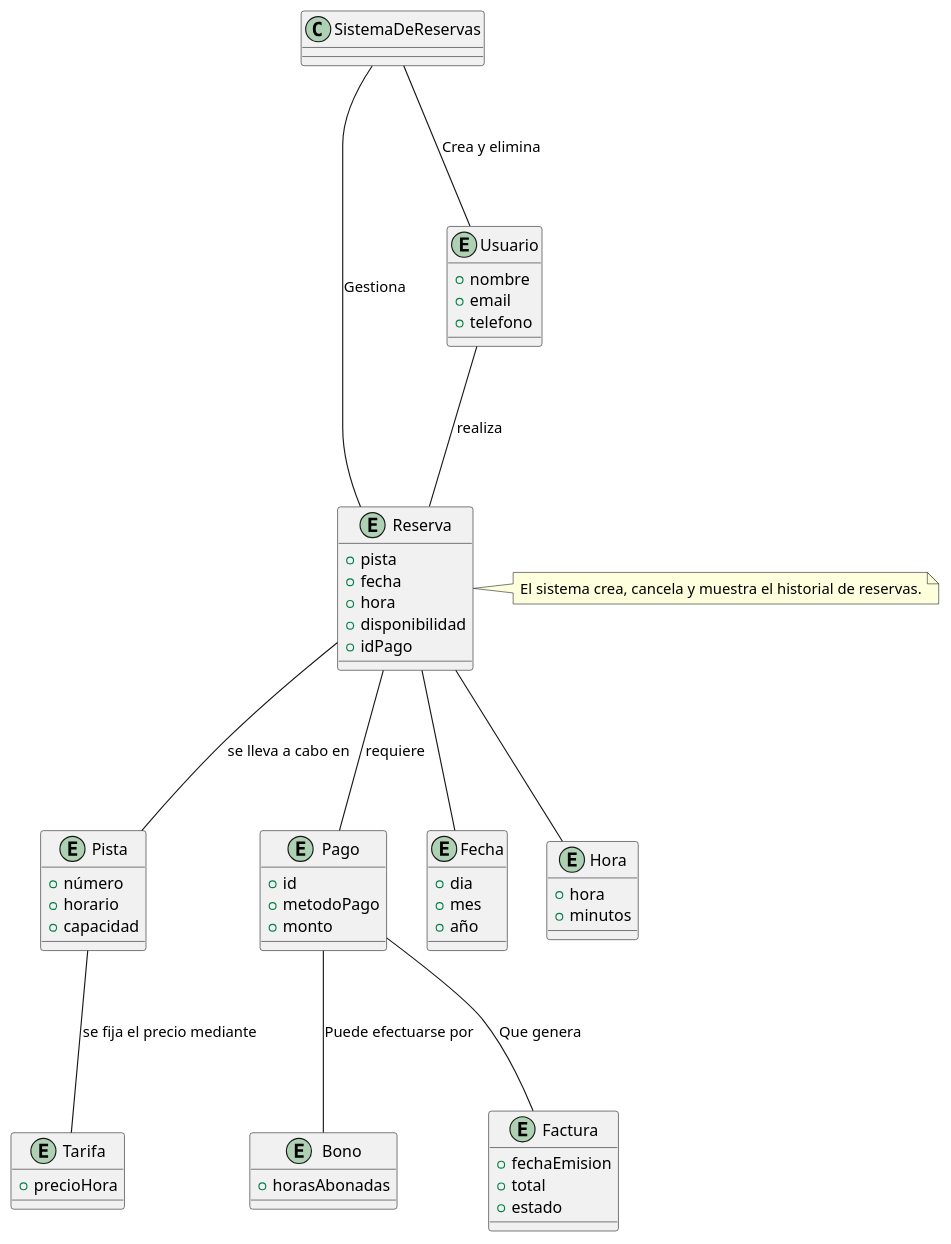
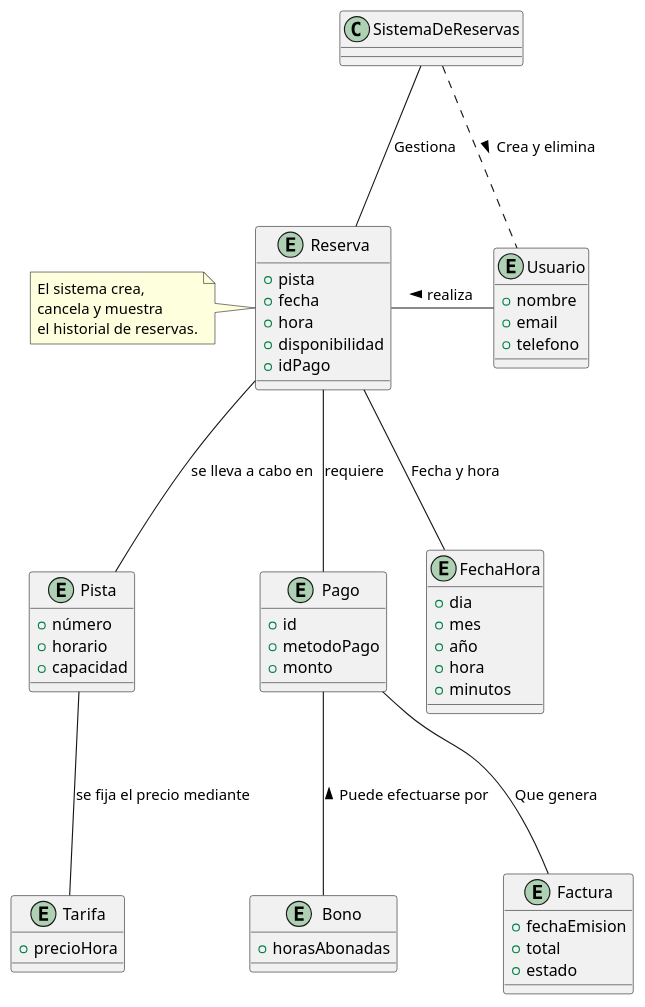
One commit to pablarce/23-24-IdSw1-SDR changed the diagram in ModeloDeDominio/DiagramaDeClases.puml. Above: the diagram before and after it, drawn with PlantUML. The commit also changed 3 other files, not shown here.

```diff
--- a/ModeloDeDominio/DiagramaDeClases.puml
+++ b/ModeloDeDominio/DiagramaDeClases.puml
@@ -1,66 +1,66 @@
 @startuml Sistema de reservas
 
 entity Reserva {
   + pista
   + fecha
   + hora
   + disponibilidad
   + idPago
 }
 
-note right of Reserva: El sistema crea, cancela y muestra el historial de reservas.
+note left of Reserva
+ El sistema crea, 
+ cancela y muestra 
+ el historial de reservas.
+ end note
 
 entity Usuario {
   + nombre
   + email
   + telefono
 }
 entity Pista {
   + número
   + horario
   + capacidad
 }
 
 entity Pago {
   + id
   + metodoPago
   + monto
 }
 
 entity Bono {
   + horasAbonadas
 }
 
 entity Factura {
   + fechaEmision
   + total
   + estado
 }
 
 entity Tarifa {
   + precioHora
 }
 
-entity Fecha {
+entity FechaHora {
   + dia
   + mes
   + año
-}
-
-entity Hora {
   + hora
   + minutos
 }
 
-SistemaDeReservas --- Usuario : Crea y elimina
-SistemaDeReservas --- Reserva : Gestiona
-Usuario --- Reserva: realiza
+SistemaDeReservas --- Reserva: Gestiona
+SistemaDeReservas .. Usuario : > Crea y elimina
+Usuario -left- Reserva: > realiza
 Reserva --- Pago: requiere
 Reserva --- Pista: se lleva a cabo en
 Pista --- Tarifa: se fija el precio mediante
-Reserva --- Fecha
-Reserva --- Hora
+Reserva --- FechaHora: Fecha y hora
 Pago --- Factura: Que genera 
-Pago --- Bono : Puede efectuarse por
+Pago --- Bono : < Puede efectuarse por
 
 @enduml
```
